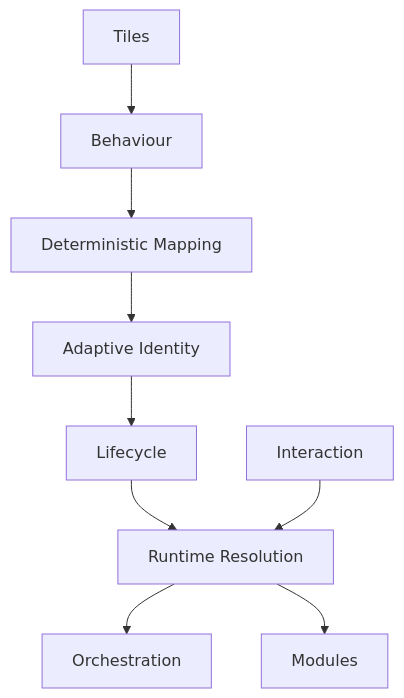
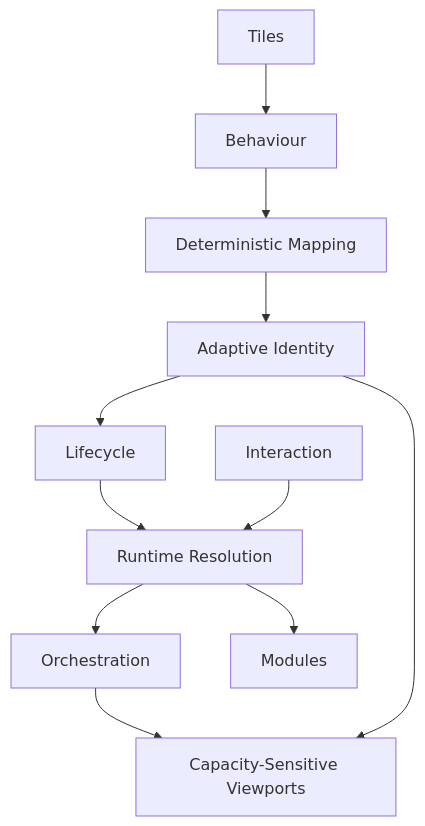
Before and after one commit to mosaic-media/architecture: the diagram in docs/design/system/mds-007-tile-framework/12-adrs.md, drawn with Mermaid. The commit also changed other lines of this file and 4 other files, not shown here.

Commit message:
docs(mds-007): define capacity-sensitive tiles

````diff
--- a/docs/design/system/mds-007-tile-framework/12-adrs.md
+++ b/docs/design/system/mds-007-tile-framework/12-adrs.md
@@ -270,30 +308,34 @@
 ```mermaid
 flowchart TD
 
 ADR168["Tiles"]
 
 ADR169["Behaviour"]
 
 ADR170["Deterministic Mapping"]
 
 ADR171["Adaptive Identity"]
 
 ADR172["Lifecycle"]
 
 ADR173["Interaction"]
 
 ADR174["Runtime Resolution"]
 
 ADR175["Modules"]
 
 ADR176["Orchestration"]
 
+ADR198["Capacity-Sensitive Viewports"]
+
 ADR168 --> ADR169
 ADR169 --> ADR170
 ADR170 --> ADR171
 ADR171 --> ADR172
 ADR172 --> ADR174
 ADR173 --> ADR174
 ADR174 --> ADR176
 ADR174 --> ADR175
+ADR171 --> ADR198
+ADR176 --> ADR198
 ```
````
